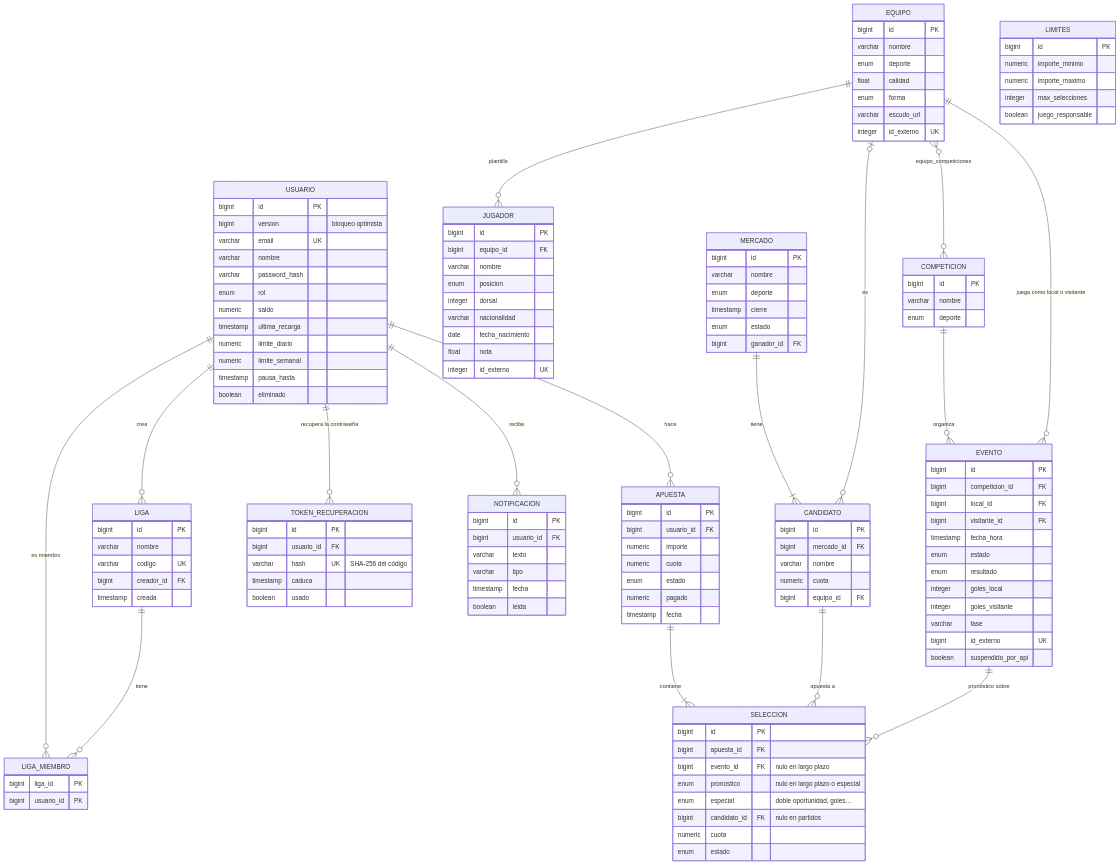
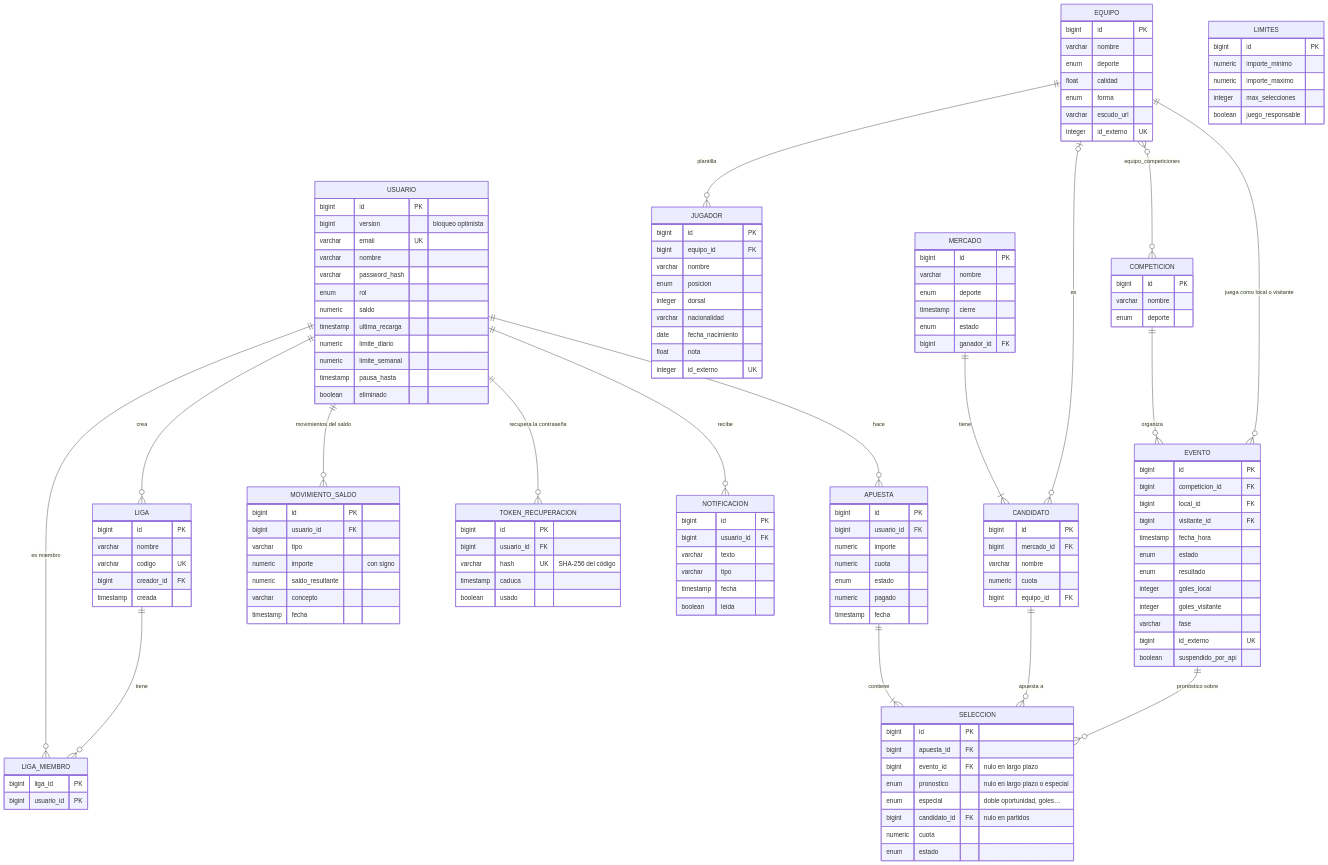
The ninth of 9 diagrams in docs/diseno/uml.md (riverri/IS1), drawn with Mermaid before and after one commit. The commit also changed other lines of this file and 9 other files, not shown here.

First line of the commit message:
docs: HU-55 en historias, backlog, trazabilidad, UML y wiki

```diff
--- a/docs/diseno/uml.md
+++ b/docs/diseno/uml.md
@@ -469,6 +480,7 @@
     USUARIO ||--o{ APUESTA : hace
     USUARIO ||--o{ NOTIFICACION : recibe
     USUARIO ||--o{ TOKEN_RECUPERACION : "recupera la contraseña"
+    USUARIO ||--o{ MOVIMIENTO_SALDO : "movimientos del saldo"
     APUESTA ||--|{ SELECCION : contiene
     EVENTO ||--o{ SELECCION : "pronóstico sobre"
     CANDIDATO ||--o{ SELECCION : "apuesta a"
@@ -595,6 +607,15 @@
         timestamp caduca
         boolean usado
     }
+    MOVIMIENTO_SALDO {
+        bigint id PK
+        bigint usuario_id FK
+        varchar tipo
+        numeric importe "con signo"
+        numeric saldo_resultante
+        varchar concepto
+        timestamp fecha
+    }
     LIMITES {
         bigint id PK
         numeric importe_minimo
```
